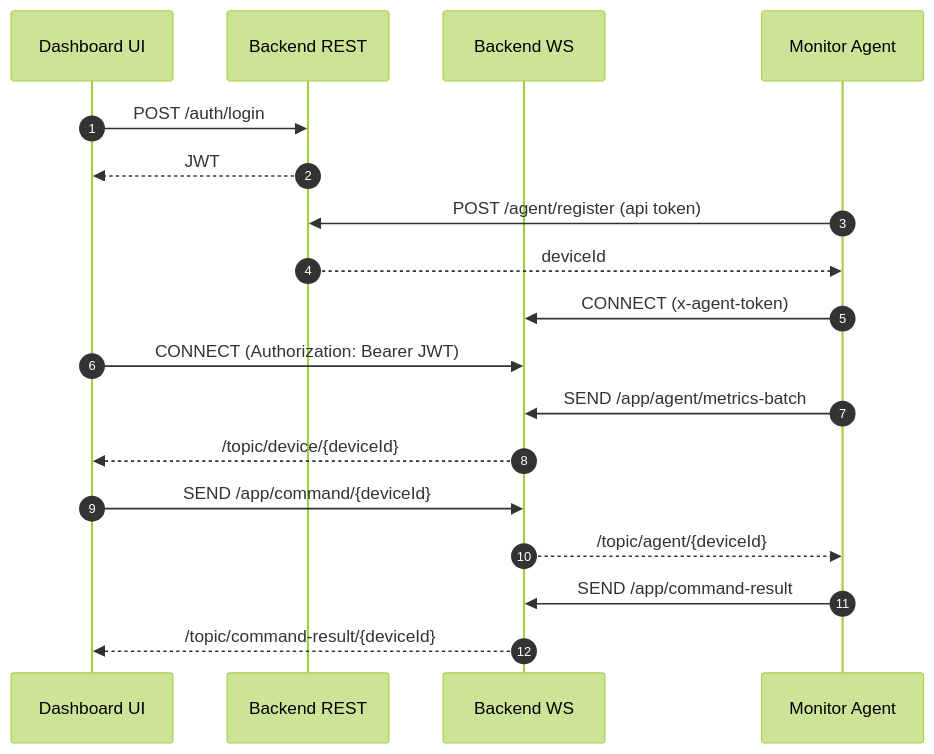
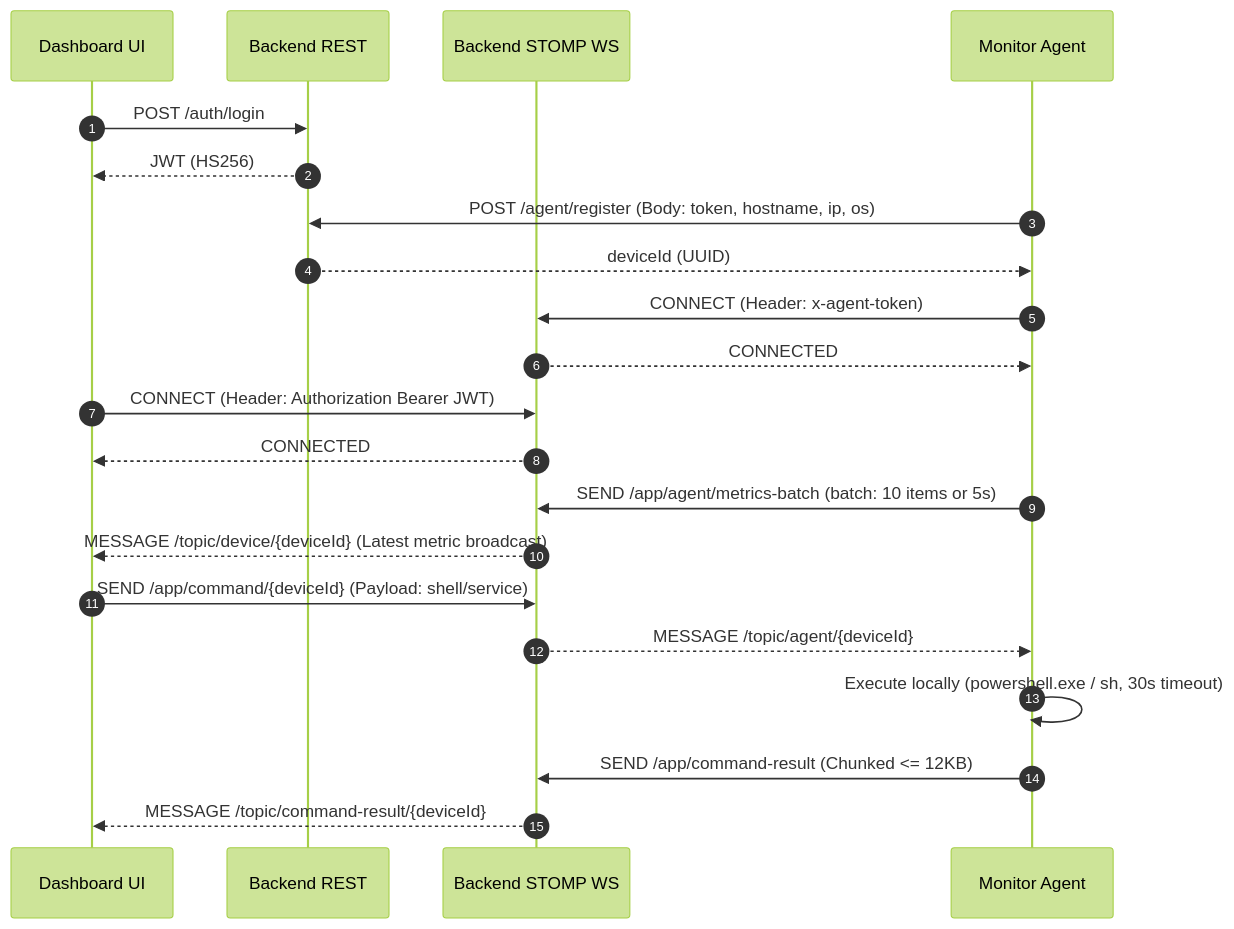
One commit to pratham15541/monitor-agent changed the second of 2 diagrams in README.md. Above: the diagram before and after it, drawn with Mermaid (forest theme). The commit also changed other lines of this file and 23 other files, not shown here.

````diff
--- a/README.md
+++ b/README.md
@@ -62,21 +79,24 @@
 ```mermaid
 sequenceDiagram
   autonumber
   participant UI as Dashboard UI
   participant API as Backend REST
-  participant WS as Backend WS
+  participant WS as Backend STOMP WS
   participant Agent as Monitor Agent
 
   UI->>API: POST /auth/login
-  API-->>UI: JWT
-  Agent->>API: POST /agent/register (api token)
-  API-->>Agent: deviceId
-  Agent->>WS: CONNECT (x-agent-token)
-  UI->>WS: CONNECT (Authorization: Bearer JWT)
-  Agent->>WS: SEND /app/agent/metrics-batch
-  WS-->>UI: /topic/device/{deviceId}
-  UI->>WS: SEND /app/command/{deviceId}
-  WS-->>Agent: /topic/agent/{deviceId}
-  Agent->>WS: SEND /app/command-result
-  WS-->>UI: /topic/command-result/{deviceId}
+  API-->>UI: JWT (HS256)
+  Agent->>API: POST /agent/register (Body: token, hostname, ip, os)
+  API-->>Agent: deviceId (UUID)
+  Agent->>WS: CONNECT (Header: x-agent-token)
+  WS-->>Agent: CONNECTED
+  UI->>WS: CONNECT (Header: Authorization Bearer JWT)
+  WS-->>UI: CONNECTED
+  Agent->>WS: SEND /app/agent/metrics-batch (batch: 10 items or 5s)
+  WS-->>UI: MESSAGE /topic/device/{deviceId} (Latest metric broadcast)
+  UI->>WS: SEND /app/command/{deviceId} (Payload: shell/service)
+  WS-->>Agent: MESSAGE /topic/agent/{deviceId}
+  Agent->>Agent: Execute locally (powershell.exe / sh, 30s timeout)
+  Agent->>WS: SEND /app/command-result (Chunked <= 12KB)
+  WS-->>UI: MESSAGE /topic/command-result/{deviceId}
 ```
````
